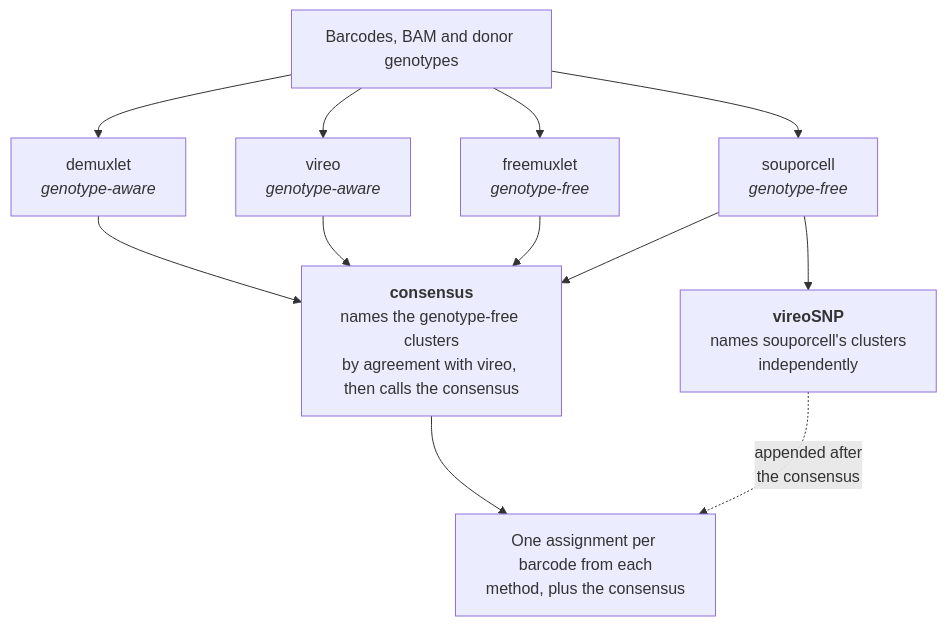
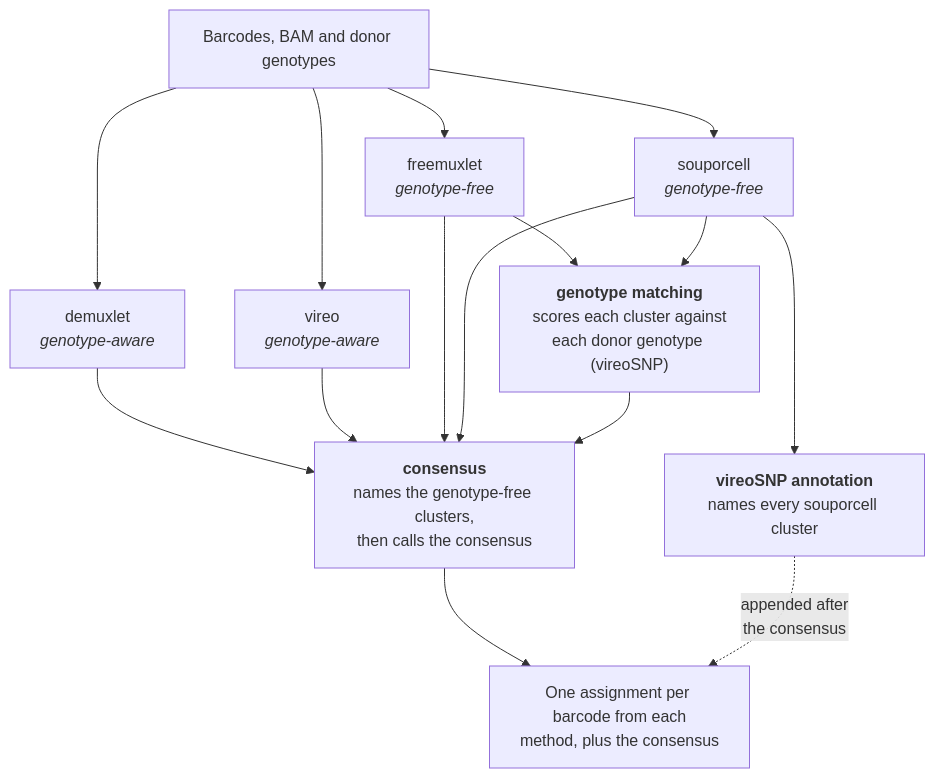
The second of 3 diagrams in README.md (swarbricklab/snp_demux), drawn with Mermaid before and after one commit. The commit also changed other lines of this file and 7 other files, not shown here.

First line of the commit message:
consensus: name souporcell/freemuxlet clusters by genotype, not by vireo agreement

````diff
--- a/README.md
+++ b/README.md
@@ -83,21 +84,25 @@
 ```mermaid
 flowchart TB
     IN["Barcodes, BAM and donor genotypes"]
 
     IN --> DL["demuxlet<br/><i>genotype-aware</i>"]
     IN --> VI["vireo<br/><i>genotype-aware</i>"]
     IN --> FM["freemuxlet<br/><i>genotype-free</i>"]
     IN --> SO["souporcell<br/><i>genotype-free</i>"]
 
     DL --> DX
     VI --> DX
     FM --> DX
     SO --> DX
 
-    DX["<b>consensus</b><br/>names the genotype-free clusters<br/>by agreement with vireo, then calls the consensus"]
+    FM --> GM["<b>genotype matching</b><br/>scores each cluster against<br/>each donor genotype (vireoSNP)"]
+    SO --> GM
+    GM --> DX
 
-    SO --> VS["<b>vireoSNP</b><br/>names souporcell's clusters<br/>independently"]
+    DX["<b>consensus</b><br/>names the genotype-free clusters,<br/>then calls the consensus"]
+
+    SO --> VS["<b>vireoSNP annotation</b><br/>names every souporcell cluster"]
 
     DX --> OUT["One assignment per barcode from each<br/>method, plus the consensus"]
     VS -. "appended after<br/>the consensus" .-> OUT
 ```
````
